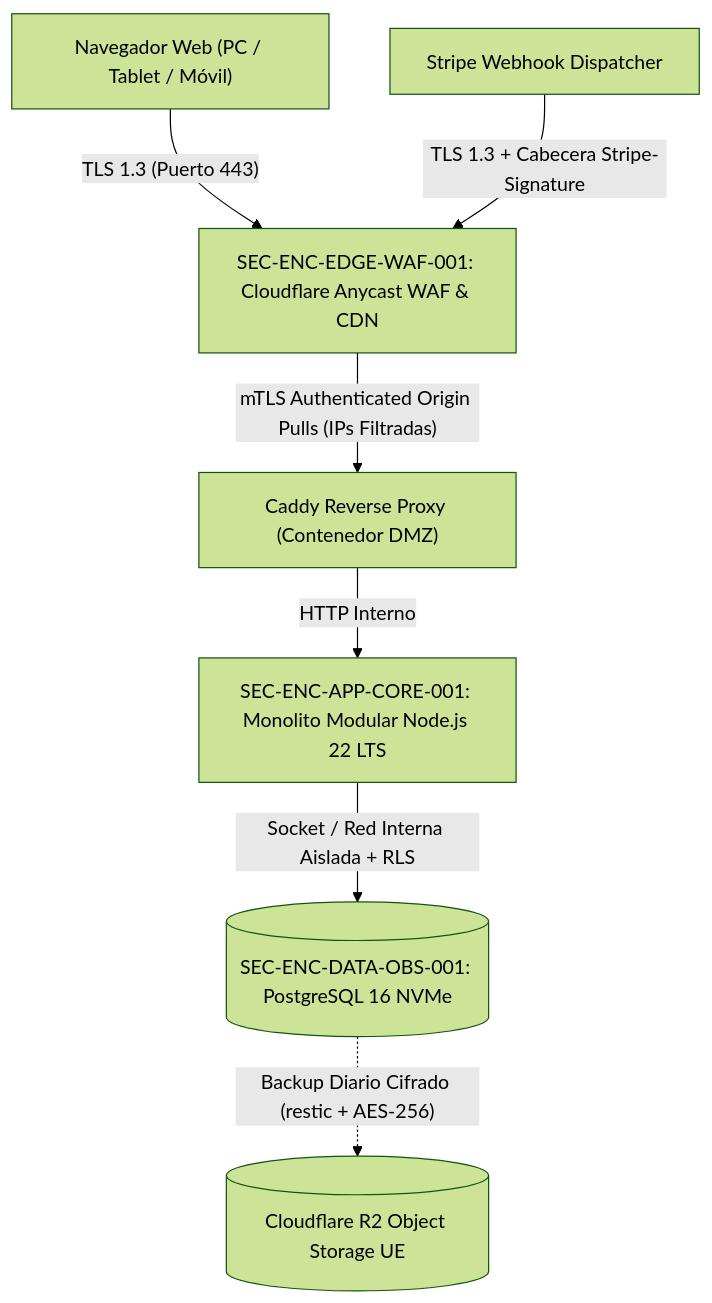
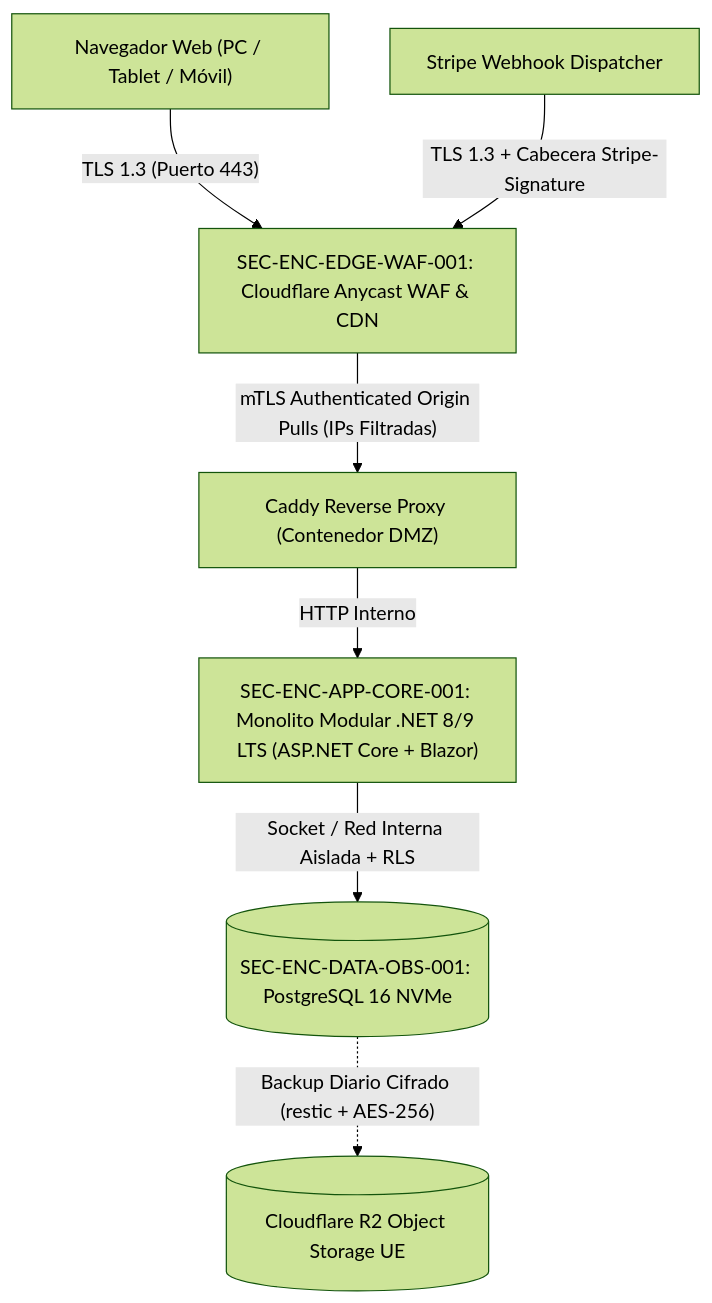
One commit to altromon/Escandallo changed the second of 2 diagrams in specs/architecture/03-context-and-scope.md. Above: the diagram before and after it, drawn with Mermaid (forest theme). The commit also changed other lines of this file and 8263 other files, not shown here.

Commit message:
feat(release): complete Escandallo.Web UI, PostgreSQL 16 RLS schema, Docker deployment, and SDD integration (chg-001-escandallo-mvp)

````diff
--- a/specs/architecture/03-context-and-scope.md
+++ b/specs/architecture/03-context-and-scope.md
@@ -54,9 +54,9 @@
 ```mermaid
 graph TD
     Client["Navegador Web (PC / Tablet / Móvil)"] -->|"TLS 1.3 (Puerto 443)"| CF["SEC-ENC-EDGE-WAF-001: Cloudflare Anycast WAF & CDN"]
     StripeHook["Stripe Webhook Dispatcher"] -->|"TLS 1.3 + Cabecera Stripe-Signature"| CF
     CF -->|"mTLS Authenticated Origin Pulls (IPs Filtradas)"| Caddy["Caddy Reverse Proxy (Contenedor DMZ)"]
-    Caddy -->|"HTTP Interno"| App["SEC-ENC-APP-CORE-001: Monolito Modular Node.js 22 LTS"]
+    Caddy -->|"HTTP Interno"| App["SEC-ENC-APP-CORE-001: Monolito Modular .NET 8/9 LTS (ASP.NET Core + Blazor)"]
     App -->|"Socket / Red Interna Aislada + RLS"| PG[("SEC-ENC-DATA-OBS-001: PostgreSQL 16 NVMe")]
     PG -.->|"Backup Diario Cifrado (restic + AES-256)"| R2[("Cloudflare R2 Object Storage UE")]
 ```
````
